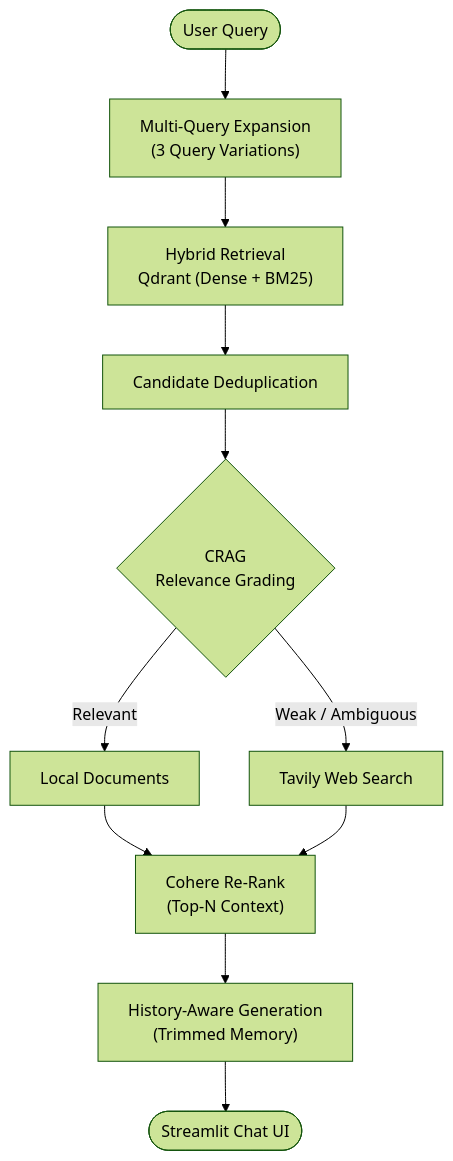
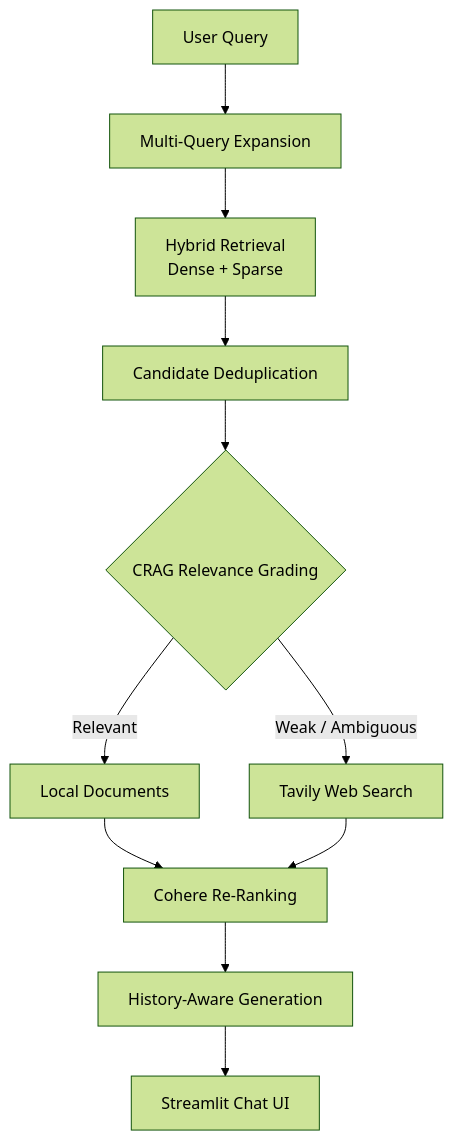
The diagram in README.md (demondiablo2823-png/corrective_rag_engine), drawn with Mermaid (forest theme) before and after one commit. The commit also changed other lines of this file, not shown here.

````diff
--- a/README.md
+++ b/README.md
@@ -27,36 +39,25 @@
 ```mermaid
 flowchart TD
-    A([User Query])
 
-    B["Multi-Query Expansion<br/>(3 Query Variations)"]
-
-    C["Hybrid Retrieval<br/>Qdrant (Dense + BM25)"]
-
-    D["Candidate Deduplication"]
-
-    E{"CRAG<br/>Relevance Grading"}
-
-    F["Local Documents"]
-
-    G["Tavily Web Search"]
-
-    H["Cohere Re-Rank<br/>(Top-N Context)"]
-
-    I["History-Aware Generation<br/>(Trimmed Memory)"]
-
-    J([Streamlit Chat UI])
+    A[User Query]
+    B[Multi-Query Expansion]
+    C[Hybrid Retrieval<br/>Dense + Sparse]
+    D[Candidate Deduplication]
+    E{CRAG Relevance Grading}
+    F[Local Documents]
+    G[Tavily Web Search]
+    H[Cohere Re-Ranking]
+    I[History-Aware Generation]
+    J[Streamlit Chat UI]
 
     A --> B
     B --> C
     C --> D
     D --> E
-
-    E -- Relevant --> F
-    E -- Weak / Ambiguous --> G
-
+    E -->|Relevant| F
+    E -->|Weak / Ambiguous| G
     F --> H
     G --> H
-
     H --> I
     I --> J
 ```
````
